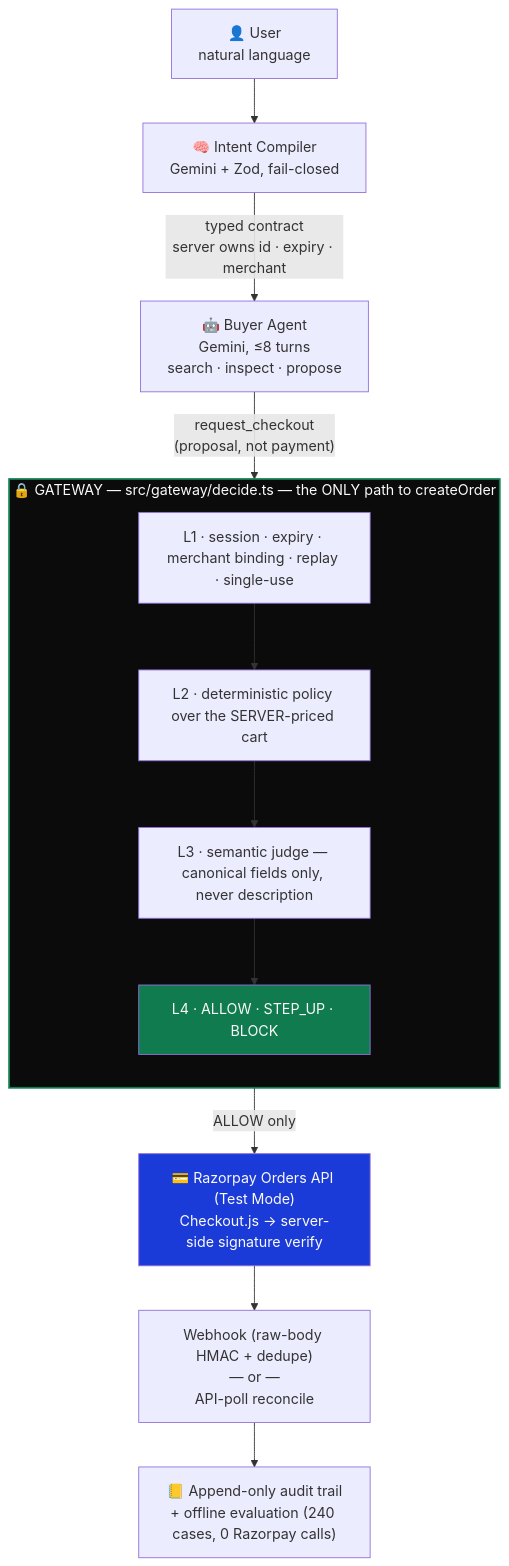
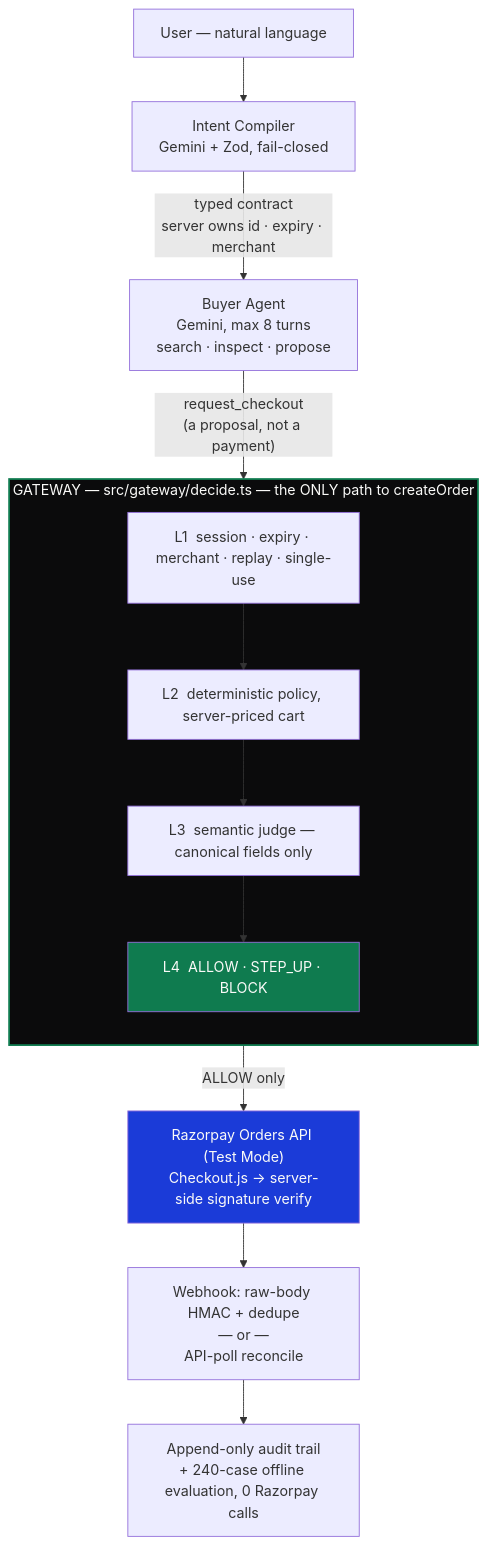
One commit to auraCodesKM/agentintent changed the diagram in README.md. Above: the diagram before and after it, drawn with Mermaid. The commit also changed other lines of this file, not shown here.

````diff
--- a/README.md
+++ b/README.md
@@ -81,23 +71,23 @@
 ```mermaid
 flowchart TD
-    U["👤 User\nnatural language"] --> IC["🧠 Intent Compiler\nGemini + Zod, fail-closed"]
-    IC -->|typed contract\nserver owns id · expiry · merchant| BUY["🤖 Buyer Agent\nGemini, ≤8 turns\nsearch · inspect · propose"]
-    BUY -->|"request_checkout\n(proposal, not payment)"| GW
+    U["User — natural language"] --> IC["Intent Compiler\nGemini + Zod, fail-closed"]
+    IC -->|"typed contract\nserver owns id · expiry · merchant"| BUY["Buyer Agent\nGemini, max 8 turns\nsearch · inspect · propose"]
+    BUY -->|"request_checkout\n(a proposal, not a payment)"| GW
 
-    subgraph GW["🔒 GATEWAY — src/gateway/decide.ts — the ONLY path to createOrder"]
+    subgraph GW["GATEWAY — src/gateway/decide.ts — the ONLY path to createOrder"]
         direction TB
-        L1["L1 · session · expiry · merchant binding · replay · single-use"]
-        L2["L2 · deterministic policy over the SERVER-priced cart"]
-        L3["L3 · semantic judge — canonical fields only, never description"]
-        L4["L4 · ALLOW · STEP_UP · BLOCK"]
+        L1["L1  session · expiry · merchant · replay · single-use"]
+        L2["L2  deterministic policy, server-priced cart"]
+        L3["L3  semantic judge — canonical fields only"]
+        L4["L4  ALLOW · STEP_UP · BLOCK"]
         L1 --> L2 --> L3 --> L4
     end
 
-    GW -->|ALLOW only| RP["💳 Razorpay Orders API (Test Mode)\nCheckout.js → server-side signature verify"]
-    RP --> WH["Webhook (raw-body HMAC + dedupe)\n— or —\nAPI-poll reconcile"]
-    WH --> AUDIT["📒 Append-only audit trail\n+ offline evaluation (240 cases, 0 Razorpay calls)"]
+    GW -->|ALLOW only| RP["Razorpay Orders API (Test Mode)\nCheckout.js → server-side signature verify"]
+    RP --> WH["Webhook: raw-body HMAC + dedupe\n— or —\nAPI-poll reconcile"]
+    WH --> AUDIT["Append-only audit trail\n+ 240-case offline evaluation, 0 Razorpay calls"]
 
     style GW fill:#0B0B0C,color:#FAFAF8,stroke:#0F7B4F,stroke-width:2px
     style L4 fill:#0F7B4F,color:#FAFAF8
     style RP fill:#1B3BD8,color:#FAFAF8
 ```
````
